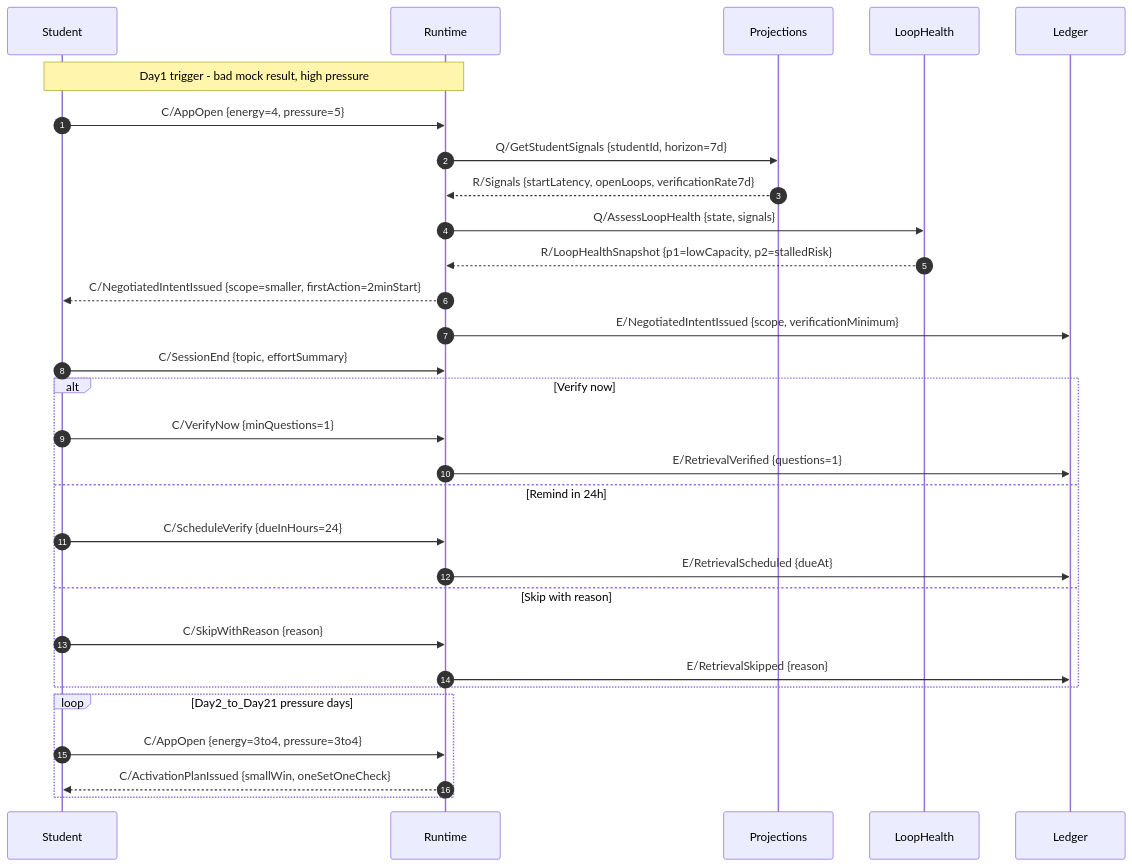
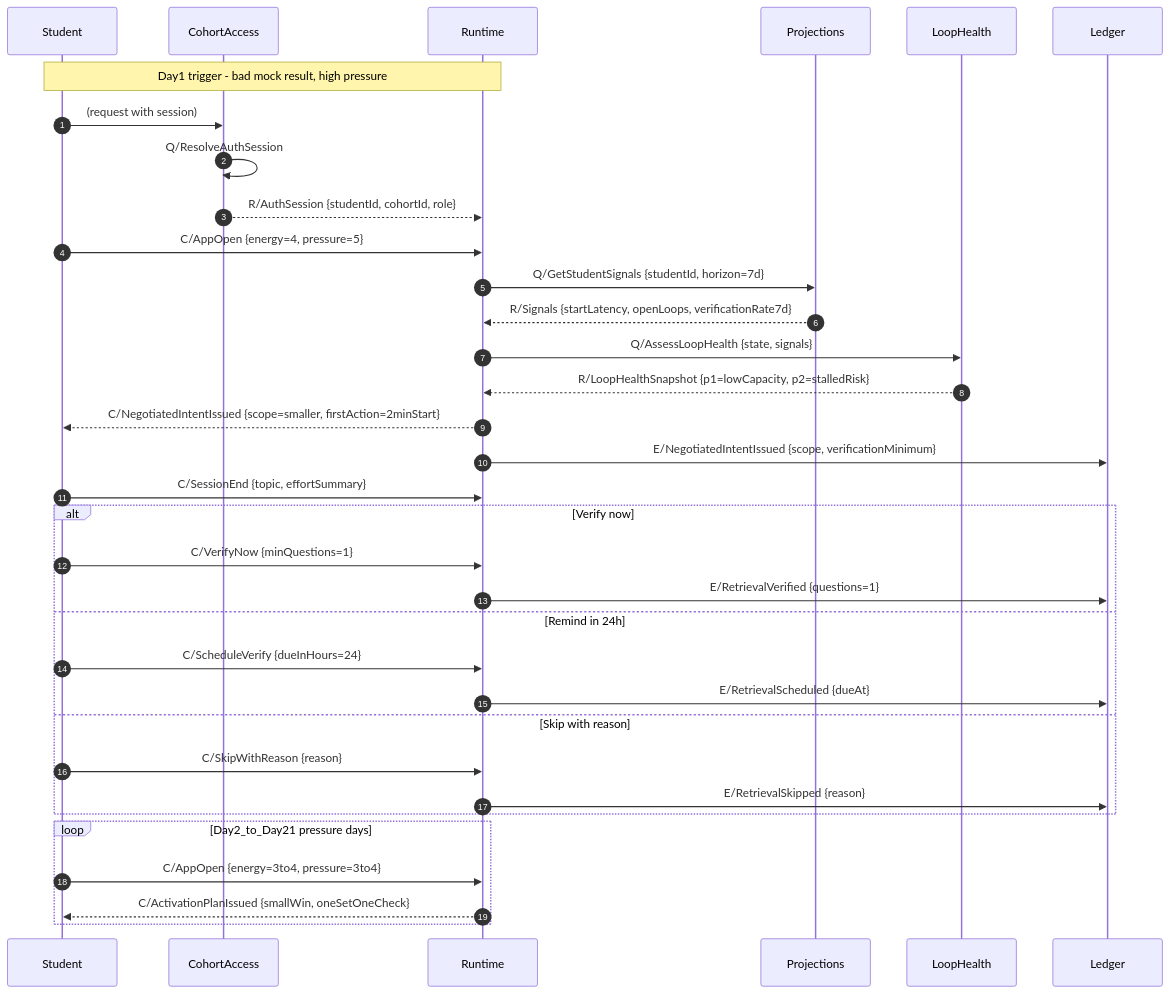
Before and after one commit to Mukul1312/ELI: the first of 3 diagrams in docs/strategic-design/05-domain-message-flows-storyboards.md, drawn with Mermaid. The commit also changed other lines of this file and 44 other files, not shown here.

Commit message:
added cohort access Tactical domain design and implementation

````diff
--- a/docs/strategic-design/05-domain-message-flows-storyboards.md
+++ b/docs/strategic-design/05-domain-message-flows-storyboards.md
@@ -39,35 +40,39 @@
 ```mermaid
 sequenceDiagram
     autonumber
     participant Student
+    participant CohortAccess
     participant Runtime
     participant Projections
     participant LoopHealth
     participant Ledger
 
     Note over Student,Runtime: Day1 trigger - bad mock result, high pressure
+    Student->>CohortAccess: (request with session)
+    CohortAccess->>CohortAccess: Q/ResolveAuthSession
+    CohortAccess-->>Runtime: R/AuthSession {studentId, cohortId, role}
     Student->>Runtime: C/AppOpen {energy=4, pressure=5}
     Runtime->>Projections: Q/GetStudentSignals {studentId, horizon=7d}
     Projections-->>Runtime: R/Signals {startLatency, openLoops, verificationRate7d}
     Runtime->>LoopHealth: Q/AssessLoopHealth {state, signals}
     LoopHealth-->>Runtime: R/LoopHealthSnapshot {p1=lowCapacity, p2=stalledRisk}
     Runtime-->>Student: C/NegotiatedIntentIssued {scope=smaller, firstAction=2minStart}
     Runtime->>Ledger: E/NegotiatedIntentIssued {scope, verificationMinimum}
 
     Student->>Runtime: C/SessionEnd {topic, effortSummary}
     alt Verify now
         Student->>Runtime: C/VerifyNow {minQuestions=1}
         Runtime->>Ledger: E/RetrievalVerified {questions=1}
     else Remind in 24h
         Student->>Runtime: C/ScheduleVerify {dueInHours=24}
         Runtime->>Ledger: E/RetrievalScheduled {dueAt}
     else Skip with reason
         Student->>Runtime: C/SkipWithReason {reason}
         Runtime->>Ledger: E/RetrievalSkipped {reason}
     end
 
     loop Day2_to_Day21 pressure days
         Student->>Runtime: C/AppOpen {energy=3to4, pressure=3to4}
         Runtime-->>Student: C/ActivationPlanIssued {smallWin, oneSetOneCheck}
     end
 ```
````
